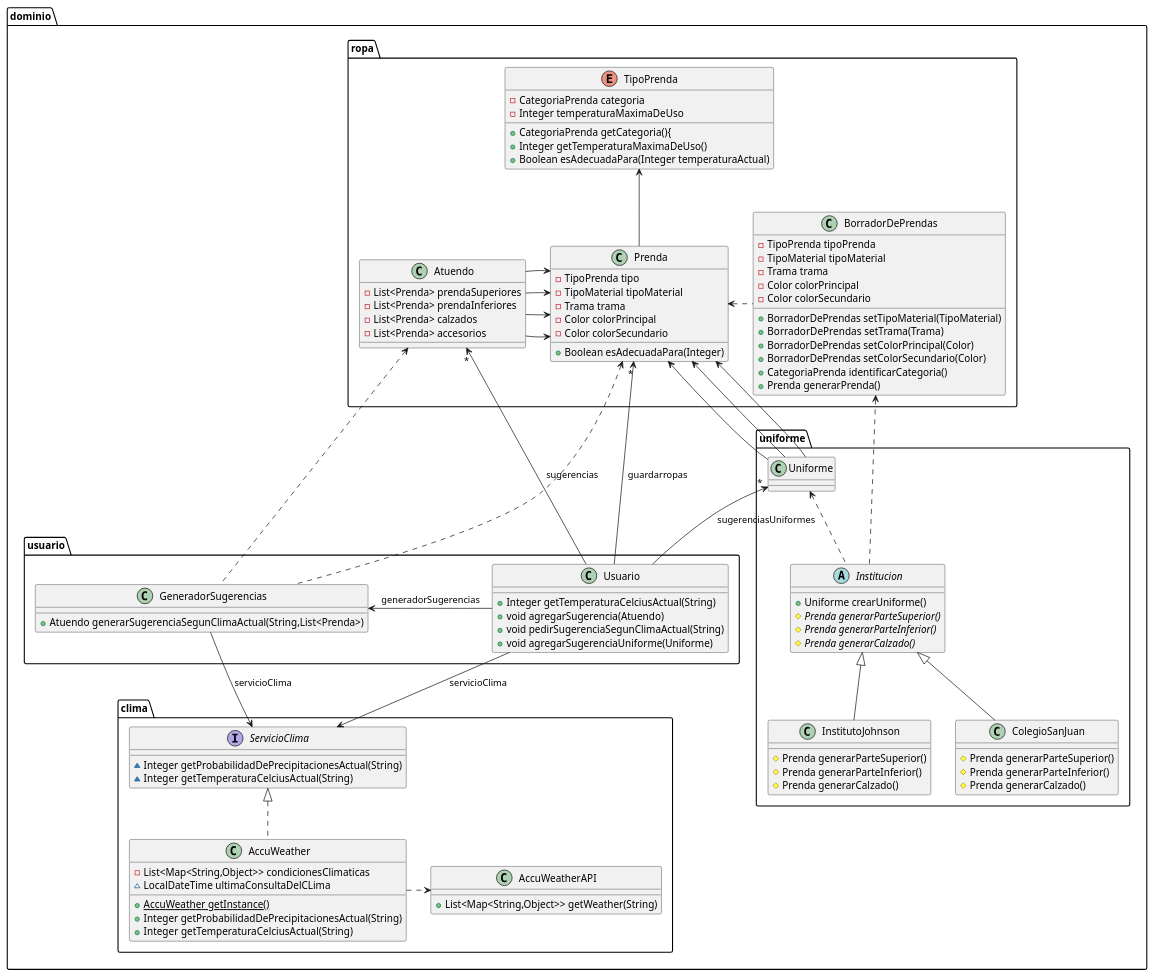
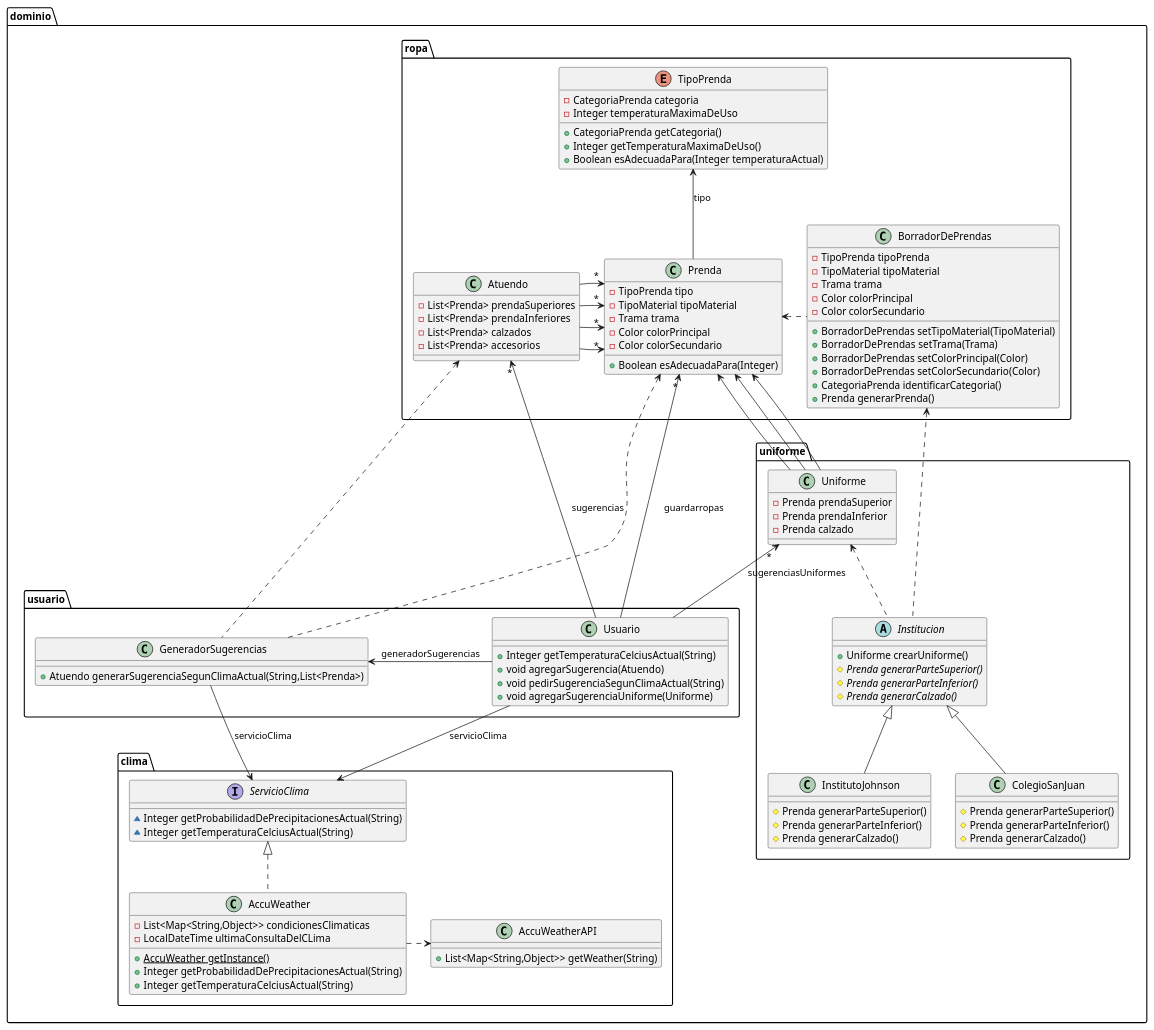
One commit to AlejandroDeheza/QMP changed the diagram in diagramas/qmp4.puml. Above: the diagram before and after it, drawn with PlantUML. The commit also changed 4 other files, not shown here.

Commit message:
Arreglo diagramas otra vez

```diff
--- a/diagramas/qmp4.puml
+++ b/diagramas/qmp4.puml
@@ -1,105 +1,108 @@
 @startuml
 abstract class dominio.uniforme.Institucion {
 + Uniforme crearUniforme()
 # {abstract}Prenda generarParteSuperior()
 # {abstract}Prenda generarParteInferior()
 # {abstract}Prenda generarCalzado()
 }
 class dominio.clima.AccuWeatherAPI {
 + List<Map<String,Object>> getWeather(String)
 }
 class dominio.uniforme.InstitutoJohnson {
 # Prenda generarParteSuperior()
 # Prenda generarParteInferior()
 # Prenda generarCalzado()
 }
 class dominio.usuario.Usuario {
 + Integer getTemperaturaCelciusActual(String)
 + void agregarSugerencia(Atuendo)
 + void pedirSugerenciaSegunClimaActual(String)
 + void agregarSugerenciaUniforme(Uniforme)
 }
 class dominio.ropa.BorradorDePrendas {
 - TipoPrenda tipoPrenda
 - TipoMaterial tipoMaterial
 - Trama trama
 - Color colorPrincipal
 - Color colorSecundario
 + BorradorDePrendas setTipoMaterial(TipoMaterial)
 + BorradorDePrendas setTrama(Trama)
 + BorradorDePrendas setColorPrincipal(Color)
 + BorradorDePrendas setColorSecundario(Color)
 + CategoriaPrenda identificarCategoria()
 + Prenda generarPrenda()
 }
 class dominio.clima.AccuWeather {
 - List<Map<String,Object>> condicionesClimaticas
-~ LocalDateTime ultimaConsultaDelCLima
+- LocalDateTime ultimaConsultaDelCLima
 + {static} AccuWeather getInstance()
 + Integer getProbabilidadDePrecipitacionesActual(String)
 + Integer getTemperaturaCelciusActual(String)
 }
 class dominio.uniforme.ColegioSanJuan {
 # Prenda generarParteSuperior()
 # Prenda generarParteInferior()
 # Prenda generarCalzado()
 }
 class dominio.usuario.GeneradorSugerencias {
 + Atuendo generarSugerenciaSegunClimaActual(String,List<Prenda>)
 }
 interface dominio.clima.ServicioClima {
 ~ Integer getProbabilidadDePrecipitacionesActual(String)
 ~ Integer getTemperaturaCelciusActual(String)
 }
 class dominio.uniforme.Uniforme {
+- Prenda prendaSuperior
+- Prenda prendaInferior
+- Prenda calzado
 }
 class dominio.ropa.Prenda {
 - TipoPrenda tipo
 - TipoMaterial tipoMaterial
 - Trama trama
 - Color colorPrincipal
 - Color colorSecundario
 + Boolean esAdecuadaPara(Integer)
 }
 class dominio.ropa.Atuendo {
 - List<Prenda> prendaSuperiores
 - List<Prenda> prendaInferiores
 - List<Prenda> calzados
 - List<Prenda> accesorios
 }
 
 enum dominio.ropa.TipoPrenda {
 - CategoriaPrenda categoria
 - Integer temperaturaMaximaDeUso
-+ CategoriaPrenda getCategoria(){
++ CategoriaPrenda getCategoria()
 + Integer getTemperaturaMaximaDeUso()
 + Boolean esAdecuadaPara(Integer temperaturaActual)
 }
 
-dominio.ropa.TipoPrenda <--down dominio.ropa.Prenda
+dominio.ropa.TipoPrenda <--down dominio.ropa.Prenda: tipo
 
 dominio.uniforme.Institucion <|-- dominio.uniforme.InstitutoJohnson
 dominio.uniforme.Institucion <|-- dominio.uniforme.ColegioSanJuan
 dominio.ropa.Prenda <-- dominio.uniforme.Uniforme
 dominio.ropa.Prenda <-- dominio.uniforme.Uniforme
 dominio.ropa.Prenda <-- dominio.uniforme.Uniforme
-dominio.ropa.Prenda <--left dominio.ropa.Atuendo
-dominio.ropa.Prenda <-- dominio.ropa.Atuendo
-dominio.ropa.Prenda <-- dominio.ropa.Atuendo
-dominio.ropa.Prenda <-- dominio.ropa.Atuendo
+dominio.ropa.Prenda "*" <--left dominio.ropa.Atuendo
+dominio.ropa.Prenda "*" <-- dominio.ropa.Atuendo
+dominio.ropa.Prenda "*" <-- dominio.ropa.Atuendo
+dominio.ropa.Prenda "*" <-- dominio.ropa.Atuendo
 dominio.uniforme.Uniforme "*" <-- dominio.usuario.Usuario: sugerenciasUniformes
 dominio.uniforme.Uniforme <.. dominio.uniforme.Institucion
 dominio.ropa.BorradorDePrendas <.. dominio.uniforme.Institucion
 dominio.ropa.Prenda <..right dominio.ropa.BorradorDePrendas
 
 dominio.ropa.Prenda "*" <-- dominio.usuario.Usuario: guardarropas
 dominio.ropa.Atuendo "*" <-- dominio.usuario.Usuario: sugerencias
 dominio.usuario.GeneradorSugerencias <--left dominio.usuario.Usuario: generadorSugerencias
 dominio.clima.ServicioClima <--up dominio.usuario.Usuario: servicioClima
 dominio.clima.ServicioClima <--up dominio.usuario.GeneradorSugerencias: servicioClima
 dominio.ropa.Atuendo <.. dominio.usuario.GeneradorSugerencias
 dominio.ropa.Prenda <.. dominio.usuario.GeneradorSugerencias
 
 dominio.clima.AccuWeatherAPI <..left dominio.clima.AccuWeather
 dominio.clima.ServicioClima <|.. dominio.clima.AccuWeather
 @enduml
```
